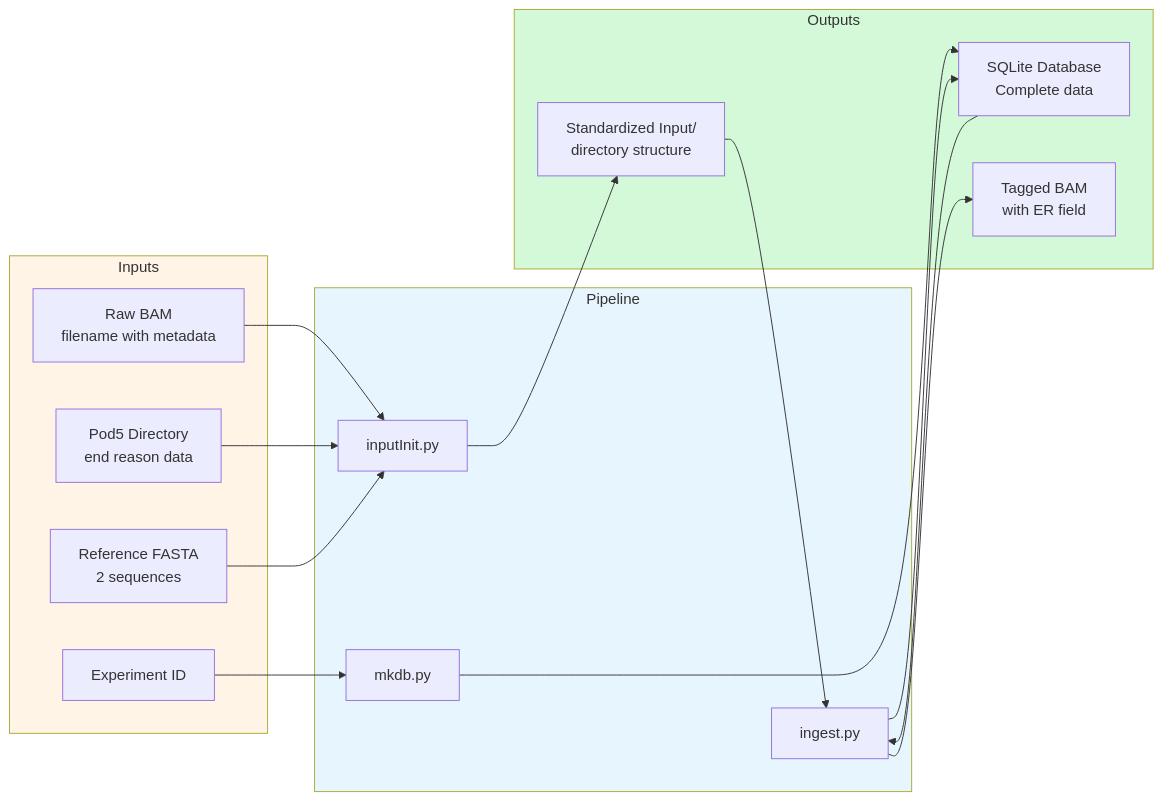
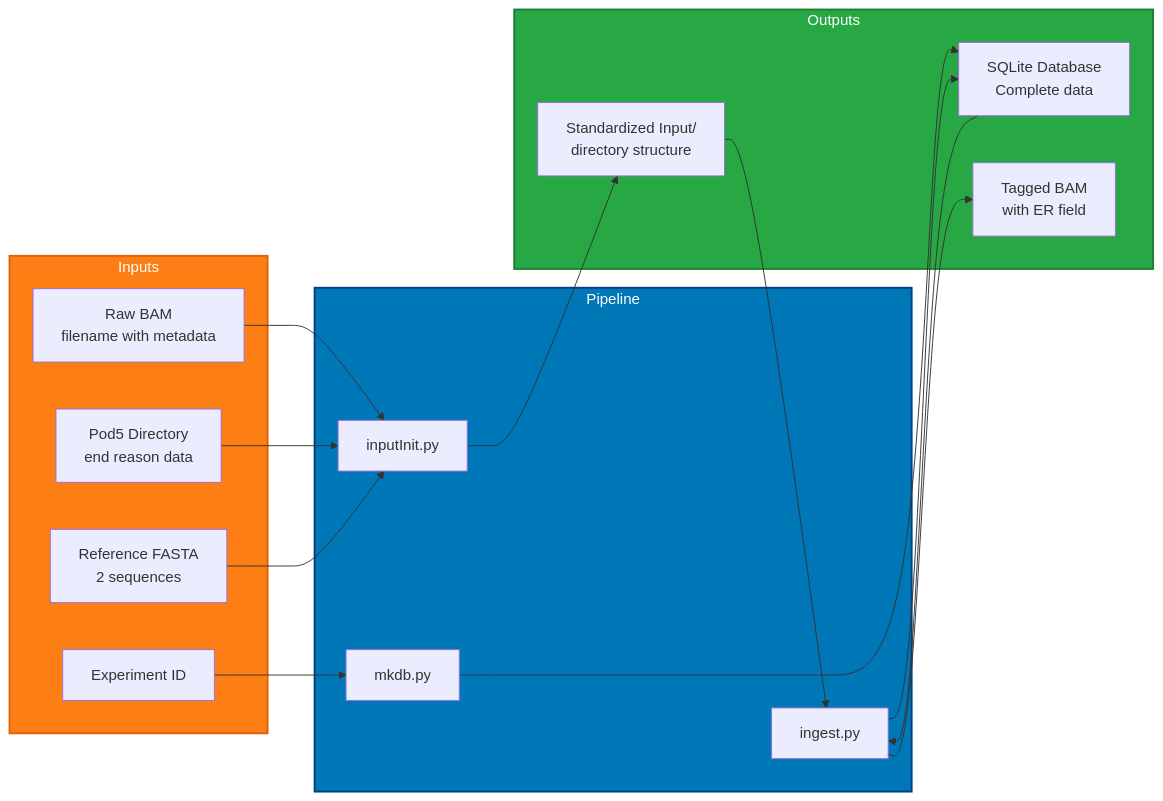
One commit to Single-Molecule-Sequencing/ONT-SMA-seq changed the second of 7 diagrams in DIAGRAMS.md. Above: the diagram before and after it, drawn with Mermaid. The commit also changed other lines of this file and 1 other file, not shown here.

Commit message:
Improve color scheme for better readability in diagrams

````diff
--- a/DIAGRAMS.md
+++ b/DIAGRAMS.md
@@ -39,35 +39,35 @@
 ```mermaid
 flowchart LR
     subgraph Inputs
         I1[Raw BAM<br/>filename with metadata]
         I2[Pod5 Directory<br/>end reason data]
         I3[Reference FASTA<br/>2 sequences]
         I4[Experiment ID]
     end
     
     subgraph Pipeline
         P1[mkdb.py]
         P2[inputInit.py]
         P3[ingest.py]
     end
     
     subgraph Outputs
         O1[SQLite Database<br/>Complete data]
         O2[Tagged BAM<br/>with ER field]
         O3[Standardized Input/<br/>directory structure]
     end
     
     I4 --> P1 --> O1
     I1 --> P2
     I2 --> P2
     I3 --> P2
     P2 --> O3
     O3 --> P3
     O1 --> P3
     P3 --> O1
     P3 --> O2
     
-    style Inputs fill:#fff4e6
-    style Pipeline fill:#e7f5ff
-    style Outputs fill:#d3f9d8
+    style Inputs fill:#fd7e14,stroke:#dc6308,stroke-width:2px,color:#fff
+    style Pipeline fill:#0077b6,stroke:#004080,stroke-width:2px,color:#fff
+    style Outputs fill:#28a745,stroke:#1e7e34,stroke-width:2px,color:#fff
 ```
````
